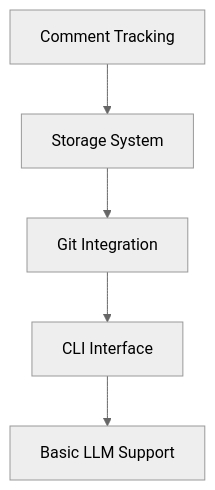
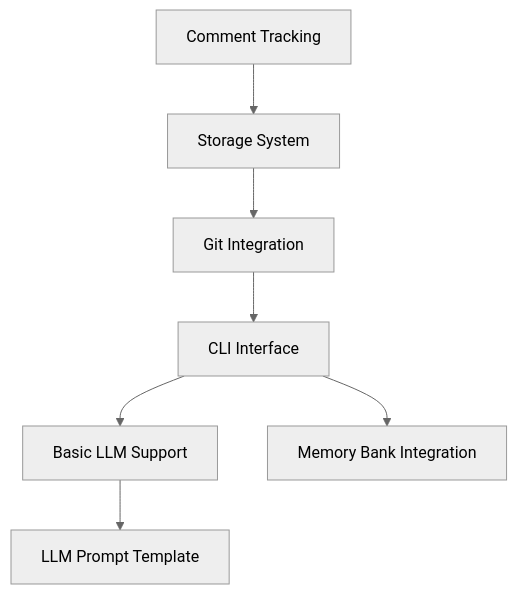
Before and after one commit to shanemmattner/devLedger: the diagram in memory_bank/activeContext.md, drawn with Mermaid (neutral theme). The commit also changed other lines of this file and 6 other files, not shown here.

````diff
--- a/memory_bank/activeContext.md
+++ b/memory_bank/activeContext.md
@@ -29,7 +40,9 @@
 ```mermaid
 flowchart TD
     A[Comment Tracking] --> B[Storage System]
     B --> C[Git Integration]
     C --> D[CLI Interface]
     D --> E[Basic LLM Support]
+    D --> F[Memory Bank Integration]
+    E --> G[LLM Prompt Template]
 ```
````
